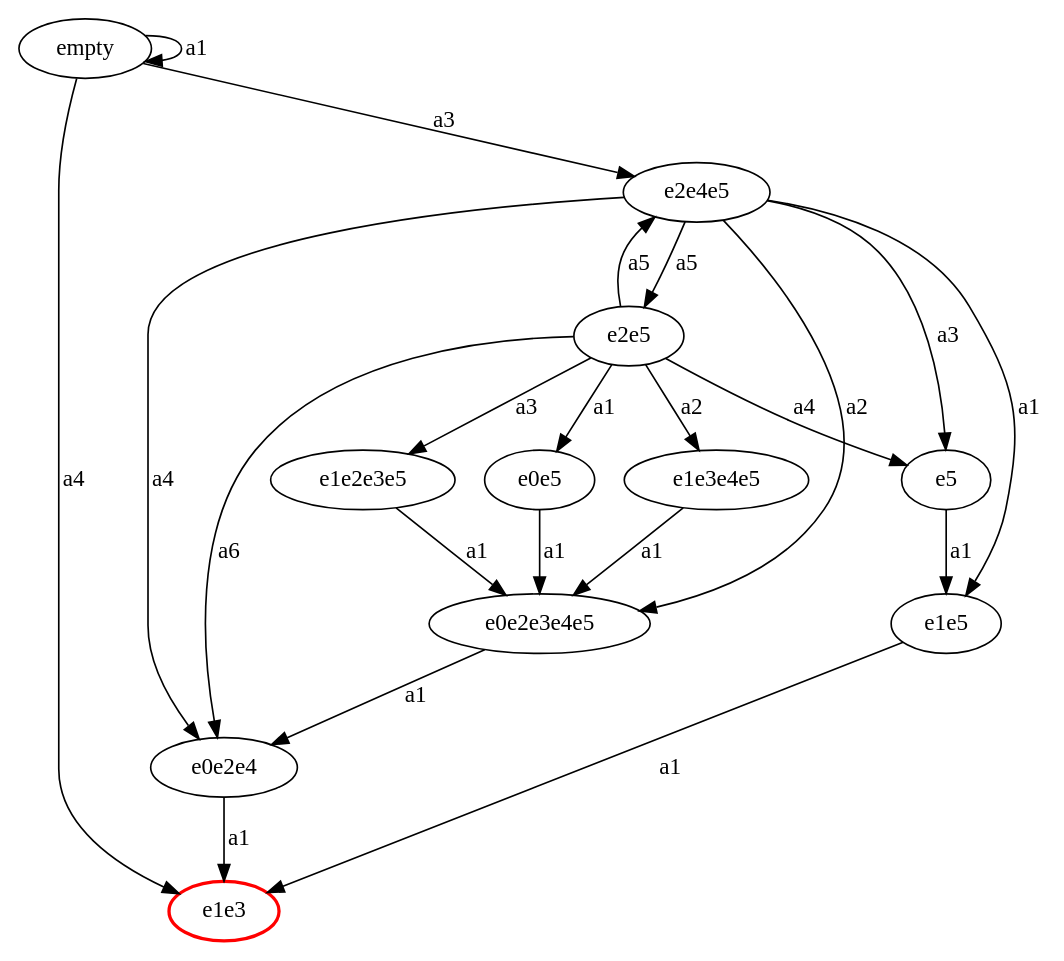
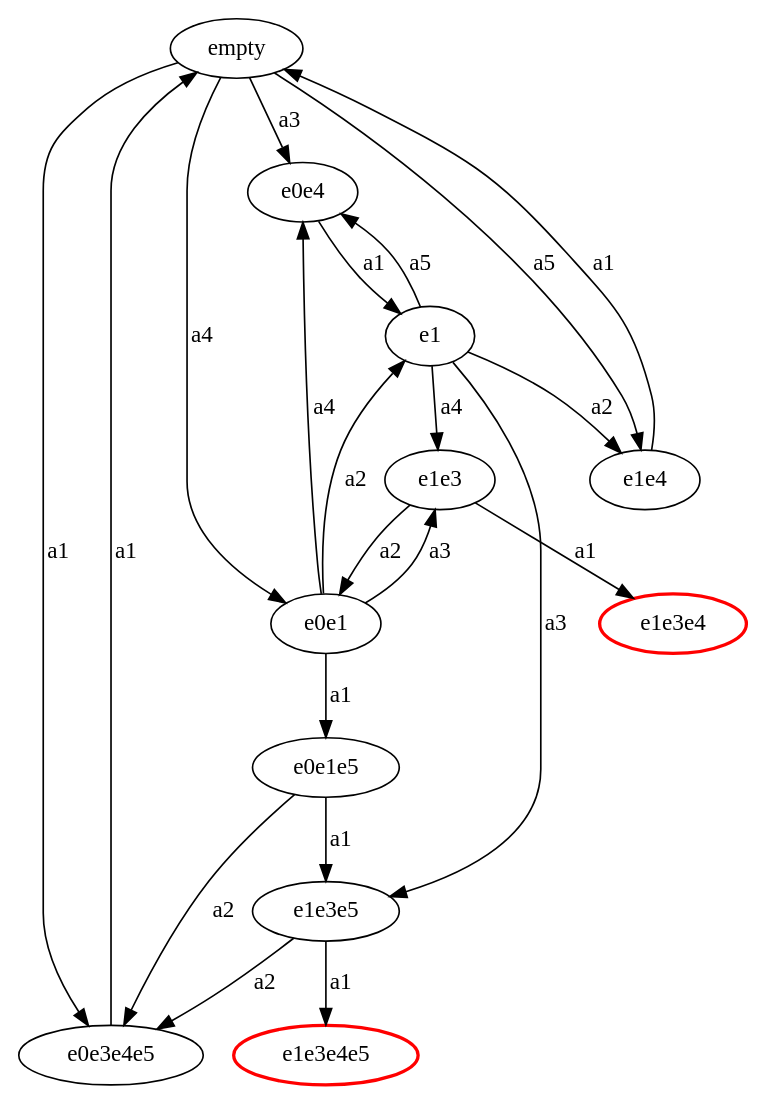
Before and after one commit to ryysd/PrototypePOR: the diagram in tmp/full.dot, drawn with Graphviz. The commit also changed 9 other files, not shown here.

```diff
--- a/tmp/full.dot
+++ b/tmp/full.dot
@@ -1,25 +1,27 @@
 strict digraph {
-  empty -> empty [label="a1"];
-  empty -> e1e3 [label="a2"];
-  empty -> e2e4e5 [label="a3"];
-  empty -> e1e3 [label="a4"];
-  e1e3 [color=red, style=bold]
-  e2e4e5 -> e1e5 [label="a1"];
-  e2e4e5 -> e0e2e3e4e5 [label="a2"];
-  e2e4e5 -> e5 [label="a3"];
-  e2e4e5 -> e0e2e4 [label="a4"];
-  e2e4e5 -> e2e5 [label="a5"];
-  e2e5 -> e0e5 [label="a1"];
-  e2e5 -> e1e3e4e5 [label="a2"];
-  e2e5 -> e1e2e3e5 [label="a3"];
-  e2e5 -> e5 [label="a4"];
-  e2e5 -> e2e4e5 [label="a5"];
-  e2e5 -> e0e2e4 [label="a6"];
-  e0e2e4 -> e1e3 [label="a1"];
-  e5 -> e1e5 [label="a1"];
-  e1e5 -> e1e3 [label="a1"];
-  e1e2e3e5 -> e0e2e3e4e5 [label="a1"];
-  e0e2e3e4e5 -> e0e2e4 [label="a1"];
-  e1e3e4e5 -> e0e2e3e4e5 [label="a1"];
-  e0e5 -> e0e2e3e4e5 [label="a1"];
+  empty -> e0e3e4e5 [label="a1"];
+  empty -> e0e4 [label="a2"];
+  empty -> e0e4 [label="a3"];
+  empty -> e0e1 [label="a4"];
+  empty -> e1e4 [label="a5"];
+  e1e4 -> empty [label="a1"];
+  e0e1 -> e0e1e5 [label="a1"];
+  e0e1 -> e1 [label="a2"];
+  e0e1 -> e1e3 [label="a3"];
+  e0e1 -> e0e4 [label="a4"];
+  e0e4 -> e1 [label="a1"];
+  e1 -> e1e3 [label="a1"];
+  e1 -> e1e4 [label="a2"];
+  e1 -> e1e3e5 [label="a3"];
+  e1 -> e1e3 [label="a4"];
+  e1 -> e0e4 [label="a5"];
+  e1e3 -> e1e3e4 [label="a1"];
+  e1e3 -> e0e1 [label="a2"];
+  e1e3e4 [color=red, style=bold]
+  e1e3e5 -> e1e3e4e5 [label="a1"];
+  e1e3e5 -> e0e3e4e5 [label="a2"];
+  e0e3e4e5 -> empty [label="a1"];
+  e1e3e4e5 [color=red, style=bold]
+  e0e1e5 -> e1e3e5 [label="a1"];
+  e0e1e5 -> e0e3e4e5 [label="a2"];
 }
```
